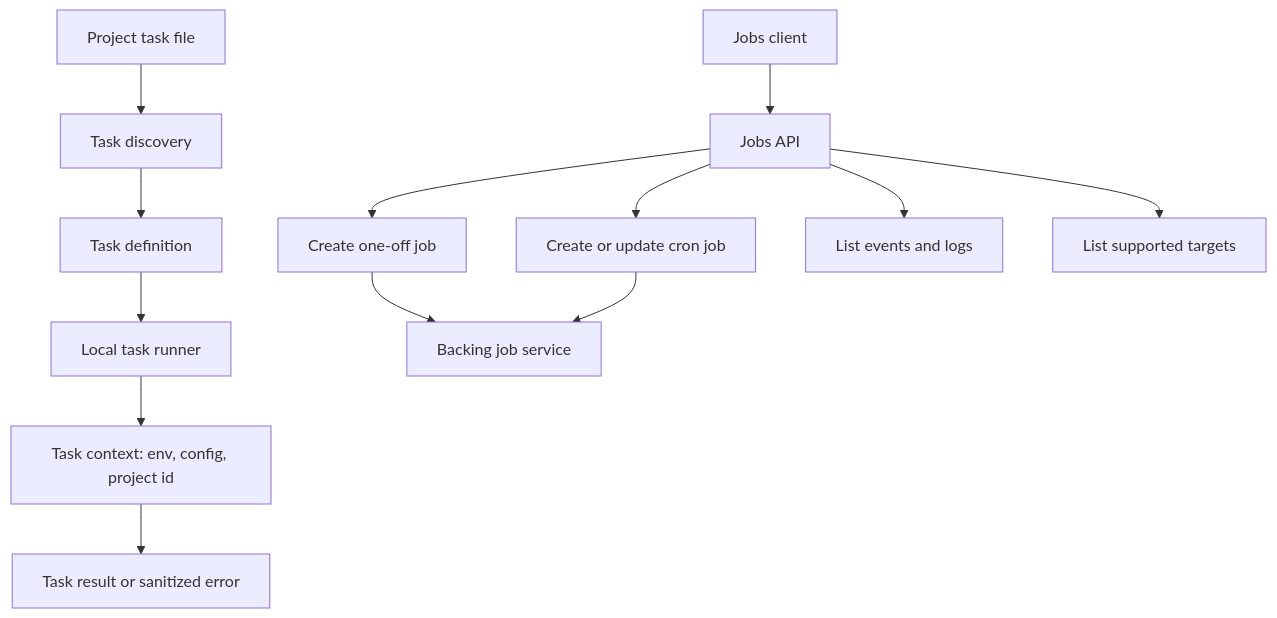
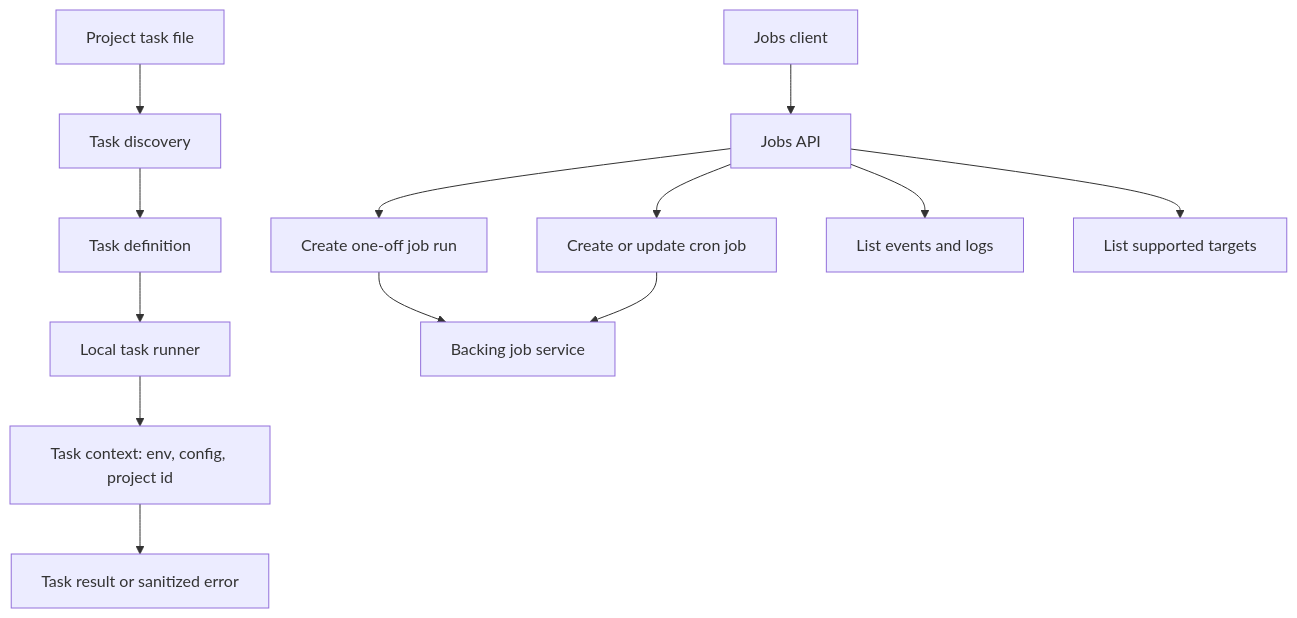
Before and after one commit to veryfront/veryfront-code: the diagram in docs/architecture/09-jobs-and-tasks.md, drawn with Mermaid. The commit also changed other lines of this file and 3 other files, not shown here.

````diff
--- a/docs/architecture/09-jobs-and-tasks.md
+++ b/docs/architecture/09-jobs-and-tasks.md
@@ -25,16 +25,16 @@
 ```mermaid
 flowchart TD
   taskFile[Project task file] --> discovery[Task discovery]
   discovery --> taskDef[Task definition]
   taskDef --> localRun[Local task runner]
   localRun --> taskContext[Task context: env, config, project id]
   taskContext --> result[Task result or sanitized error]
 
   client[Jobs client] --> api[Jobs API]
-  api --> create[Create one-off job]
+  api --> create[Create one-off job run]
   api --> cron[Create or update cron job]
   api --> events[List events and logs]
   api --> targets[List supported targets]
   create --> backing[Backing job service]
   cron --> backing
 ```
````
